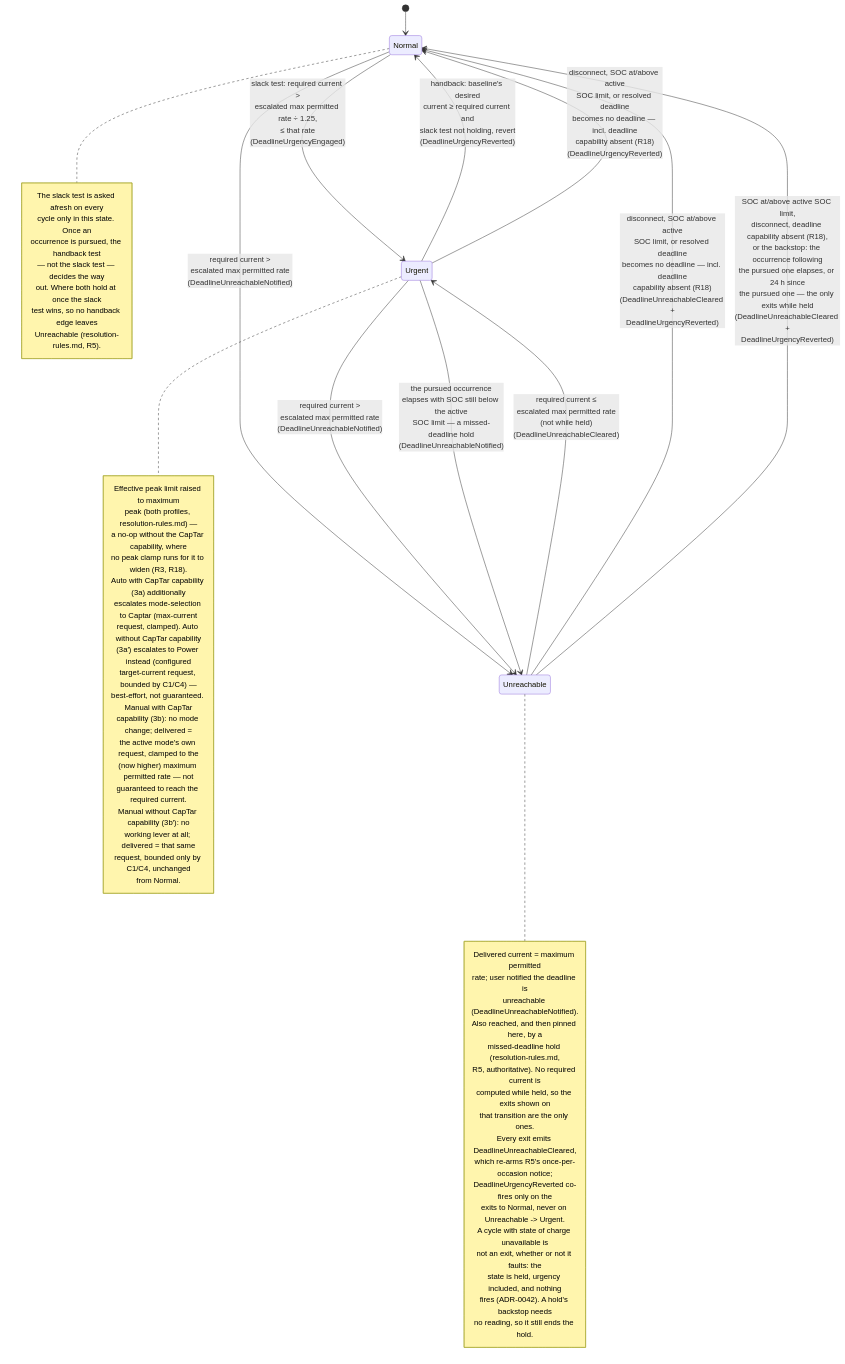
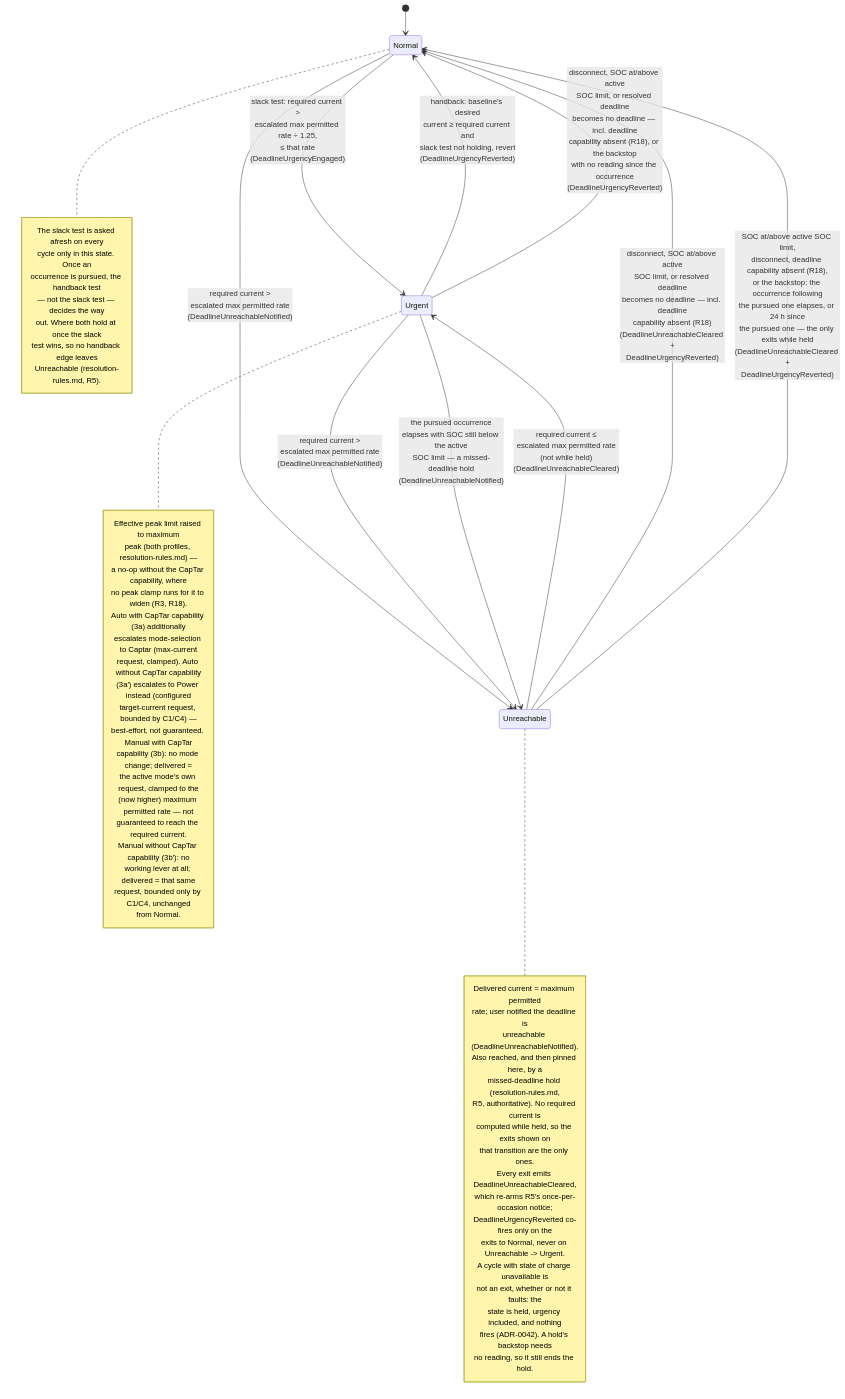
The diagram in docs/analysis/use-cases/UC05-guarantee-ready-by-departure.md (kristofdegrave/homeassistant-smart-charging), drawn with Mermaid before and after one commit. The commit also changed other lines of this file, not shown here.

````diff
--- a/docs/analysis/use-cases/UC05-guarantee-ready-by-departure.md
+++ b/docs/analysis/use-cases/UC05-guarantee-ready-by-departure.md
@@ -113,61 +113,61 @@
 ```mermaid
 stateDiagram-v2
     [*] --> Normal
     Normal --> Urgent: slack test: required current ><br/>escalated max permitted rate ÷ 1.25,<br/>≤ that rate<br/>(DeadlineUrgencyEngaged)
     Normal --> Unreachable: required current ><br/>escalated max permitted rate<br/>(DeadlineUnreachableNotified)
     Urgent --> Normal: handback: baseline's desired<br/>current ≥ required current and<br/>slack test not holding, revert<br/>(DeadlineUrgencyReverted)
     Urgent --> Unreachable: required current ><br/>escalated max permitted rate<br/>(DeadlineUnreachableNotified)
     Urgent --> Unreachable: the pursued occurrence<br/>elapses with SOC still below the active<br/>SOC limit — a missed-deadline hold<br/>(DeadlineUnreachableNotified)
-    Urgent --> Normal: disconnect, SOC at/above active<br/>SOC limit, or resolved deadline<br/>becomes no deadline — incl. deadline<br/>capability absent (R18)<br/>(DeadlineUrgencyReverted)
+    Urgent --> Normal: disconnect, SOC at/above active<br/>SOC limit, or resolved deadline<br/>becomes no deadline — incl. deadline<br/>capability absent (R18), or the backstop<br/>with no reading since the occurrence<br/>(DeadlineUrgencyReverted)
     Unreachable --> Urgent: required current ≤<br/>escalated max permitted rate<br/>(not while held)<br/>(DeadlineUnreachableCleared)
     Unreachable --> Normal: disconnect, SOC at/above active<br/>SOC limit, or resolved deadline<br/>becomes no deadline — incl. deadline<br/>capability absent (R18)<br/>(DeadlineUnreachableCleared +<br/>DeadlineUrgencyReverted)
     Unreachable --> Normal: SOC at/above active SOC limit,<br/>disconnect, deadline capability absent (R18),<br/>or the backstop: the occurrence following<br/>the pursued one elapses, or 24 h since<br/>the pursued one — the only exits while held<br/>(DeadlineUnreachableCleared +<br/>DeadlineUrgencyReverted)
     note right of Normal
         The slack test is asked afresh on every
         cycle only in this state. Once an
         occurrence is pursued, the handback test
         — not the slack test — decides the way
         out. Where both hold at once the slack
         test wins, so no handback edge leaves
         Unreachable (resolution-rules.md, R5).
     end note
     note right of Urgent
         Effective peak limit raised to maximum
         peak (both profiles, resolution-rules.md) —
         a no-op without the CapTar capability, where
         no peak clamp runs for it to widen (R3, R18).
         Auto with CapTar capability (3a) additionally
         escalates mode-selection to Captar (max-current
         request, clamped). Auto without CapTar capability
         (3a′) escalates to Power instead (configured
         target-current request, bounded by C1/C4) —
         best-effort, not guaranteed. Manual with CapTar
         capability (3b): no mode change; delivered =
         the active mode's own request, clamped to the
         (now higher) maximum permitted rate — not
         guaranteed to reach the required current.
         Manual without CapTar capability (3b′): no
         working lever at all; delivered = that same
         request, bounded only by C1/C4, unchanged
         from Normal.
     end note
     note right of Unreachable
         Delivered current = maximum permitted
         rate; user notified the deadline is
         unreachable (DeadlineUnreachableNotified).
         Also reached, and then pinned here, by a
         missed-deadline hold (resolution-rules.md,
         R5, authoritative). No required current is
         computed while held, so the exits shown on
         that transition are the only ones.
         Every exit emits DeadlineUnreachableCleared,
         which re-arms R5's once-per-occasion notice;
         DeadlineUrgencyReverted co-fires only on the
         exits to Normal, never on Unreachable -> Urgent.
         A cycle with state of charge unavailable is
         not an exit, whether or not it faults: the
         state is held, urgency included, and nothing
         fires (ADR-0042). A hold's backstop needs
         no reading, so it still ends the hold.
     end note
 ```
````
